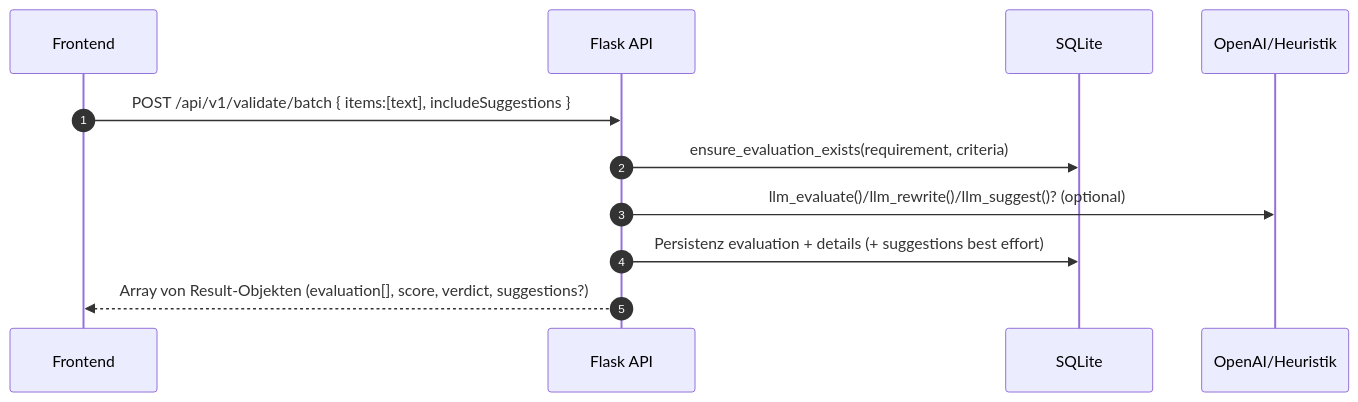
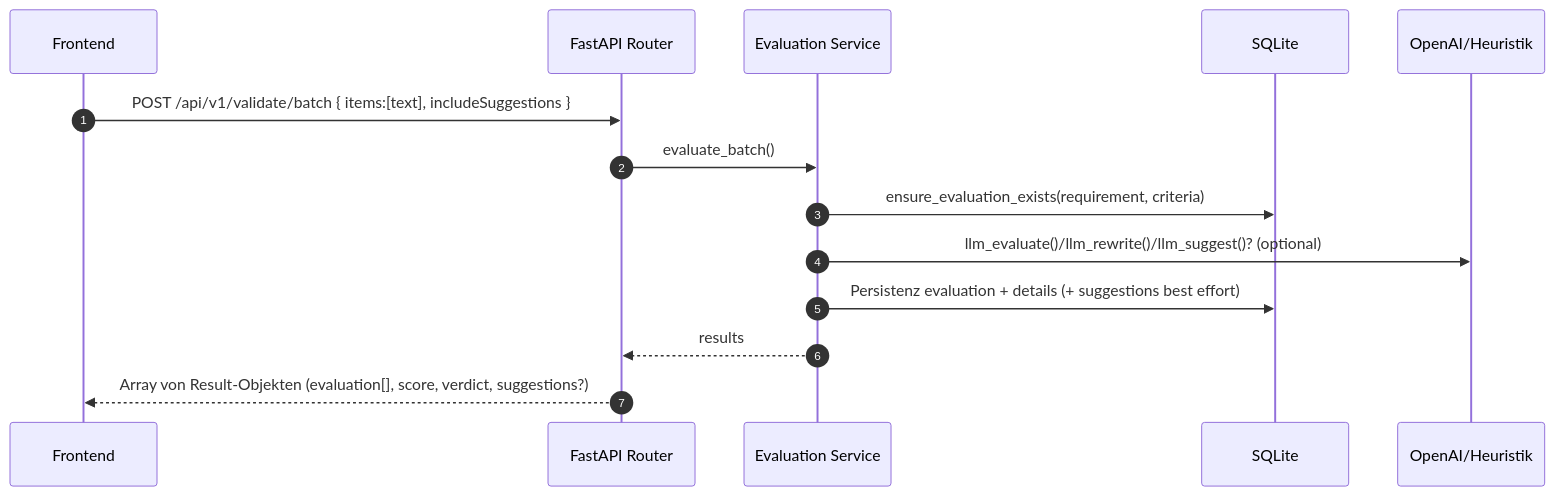
The first of 9 diagrams in docs/architecture/FEATURES_AND_STACKS.md (Flissel/-req-orchestrator), drawn with Mermaid before and after one commit. The commit also changed other lines of this file and 128 other files, not shown here.

````diff
--- a/docs/architecture/FEATURES_AND_STACKS.md
+++ b/docs/architecture/FEATURES_AND_STACKS.md
@@ -24,14 +25,17 @@
 ```mermaid
 sequenceDiagram
   autonumber
   participant UI as Frontend
-  participant API as Flask API
+  participant Router as FastAPI Router
+  participant Service as Evaluation Service
   participant DB as SQLite
   participant LLM as OpenAI/Heuristik
 
-  UI->>API: POST /api/v1/validate/batch { items:[text], includeSuggestions }
-  API->>DB: ensure_evaluation_exists(requirement, criteria)
-  API->>LLM: llm_evaluate()/llm_rewrite()/llm_suggest()? (optional)
-  API->>DB: Persistenz evaluation + details (+ suggestions best effort)
-  API-->>UI: Array von Result-Objekten (evaluation[], score, verdict, suggestions?)
+  UI->>Router: POST /api/v1/validate/batch { items:[text], includeSuggestions }
+  Router->>Service: evaluate_batch()
+  Service->>DB: ensure_evaluation_exists(requirement, criteria)
+  Service->>LLM: llm_evaluate()/llm_rewrite()/llm_suggest()? (optional)
+  Service->>DB: Persistenz evaluation + details (+ suggestions best effort)
+  Service-->>Router: results
+  Router-->>UI: Array von Result-Objekten (evaluation[], score, verdict, suggestions?)
 ```
````
